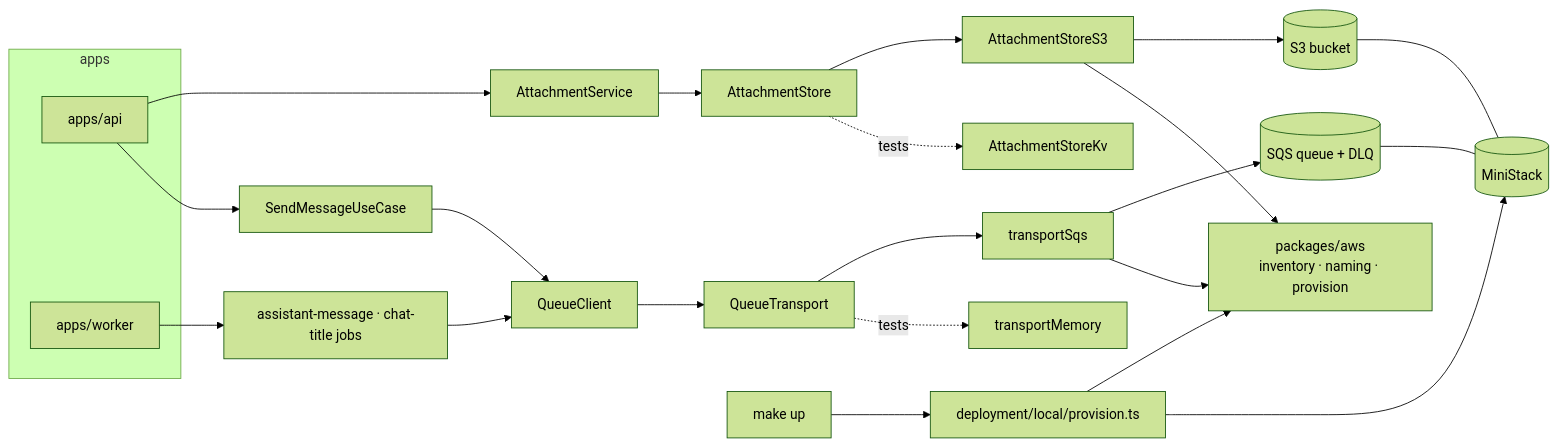
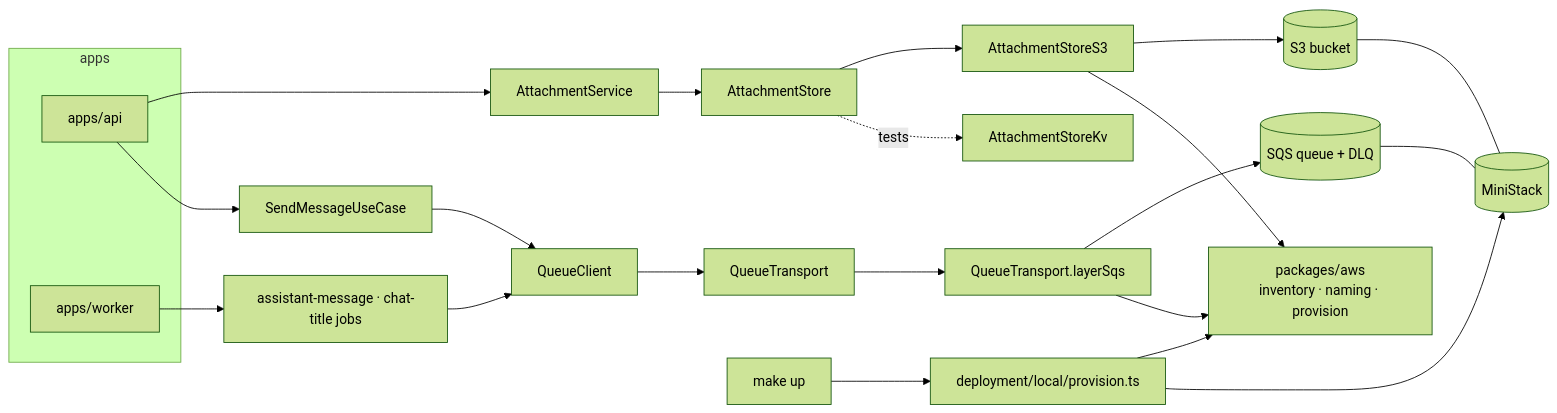
One commit to khotei/app-template changed the diagram in docs/tickets/2026-10-19-1448_aws-local/architecture.md. Above: the diagram before and after it, drawn with Mermaid (forest theme). The commit also changed other lines of this file and 6 other files, not shown here.

````diff
--- a/docs/tickets/2026-10-19-1448_aws-local/architecture.md
+++ b/docs/tickets/2026-10-19-1448_aws-local/architecture.md
@@ -18,25 +18,24 @@
 ```mermaid
 graph LR
   subgraph apps
     api["apps/api"]
     worker["apps/worker"]
   end
   api --> AS["AttachmentService"]
   api --> SM["SendMessageUseCase"]
   worker --> jobs["assistant-message · chat-title jobs"]
   AS --> store["AttachmentStore"]
   SM --> QC["QueueClient"]
   jobs --> QC
   store --> S3a["AttachmentStoreS3"] --> S3[("S3 bucket")]
   store -. tests .-> KVa["AttachmentStoreKv"]
   QC --> T["QueueTransport"]
-  T --> Ts["transportSqs"] --> SQS[("SQS queue + DLQ")]
-  T -. tests .-> Tm["transportMemory"]
+  T --> Ts["QueueTransport.layerSqs"] --> SQS[("SQS queue + DLQ")]
   inv["packages/aws<br/>inventory · naming · provision"]
   S3a --> inv
   Ts --> inv
   make["make up"] --> prov["deployment/local/provision.ts"] --> inv
   prov --> MS[("MiniStack")]
   S3 --- MS
   SQS --- MS
 ```
````
